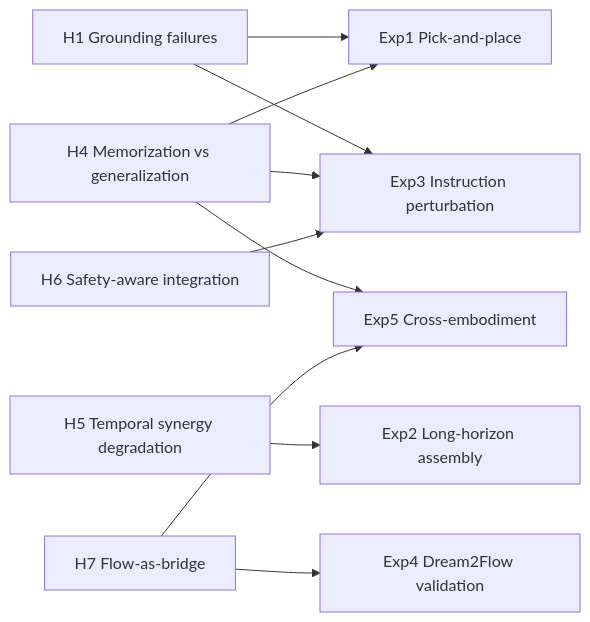
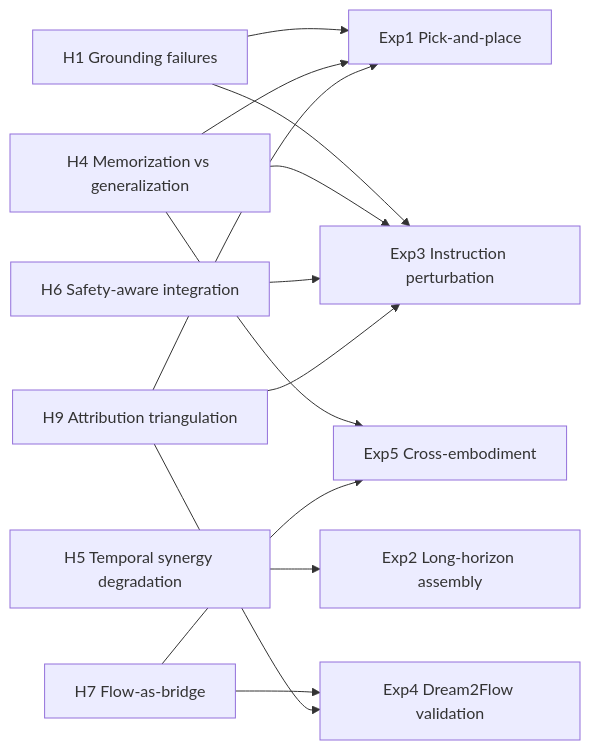
The tenth of 15 diagrams in DIAGRAMS.md (sepahead/prisoma), drawn with Mermaid before and after one commit. The commit also changed other lines of this file and 9 other files, not shown here.

````diff
--- a/DIAGRAMS.md
+++ b/DIAGRAMS.md
@@ -377,16 +377,20 @@
 ```mermaid
 graph LR
     H1[H1 Grounding failures] --> E1[Exp1 Pick-and-place]
     H1 --> E3[Exp3 Instruction perturbation]
 
     H4[H4 Memorization vs generalization] --> E1
     H4 --> E3
     H4 --> E5[Exp5 Cross-embodiment]
 
     H5[H5 Temporal synergy degradation] --> E2[Exp2 Long-horizon assembly]
 
     H6[H6 Safety-aware integration] --> E3
 
     H7[H7 Flow-as-bridge] --> E4[Exp4 Dream2Flow validation]
     H7 --> E5
+
+    H9[H9 Attribution triangulation] --> E1
+    H9 --> E3
+    H9 --> E4
 ```
````
